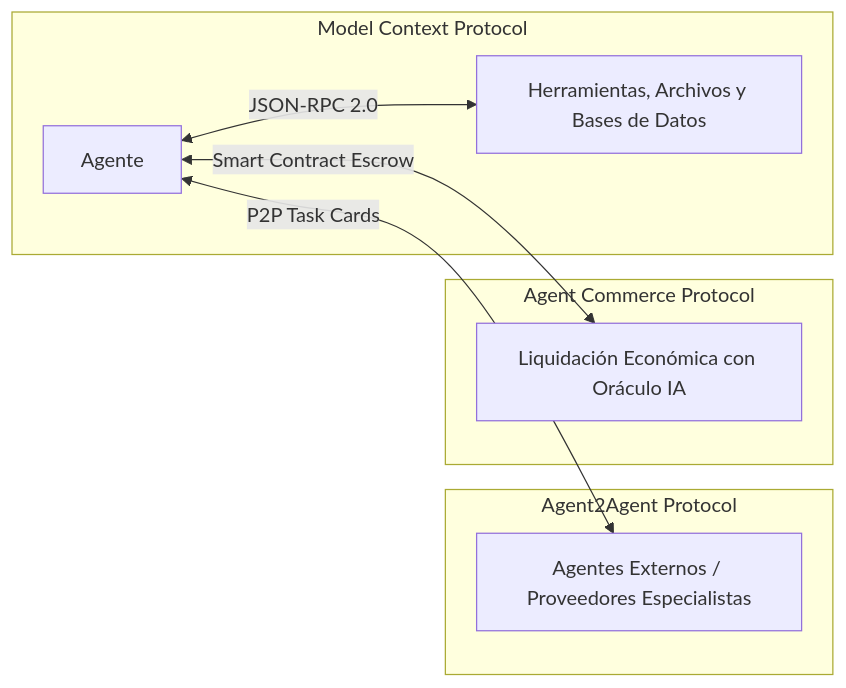
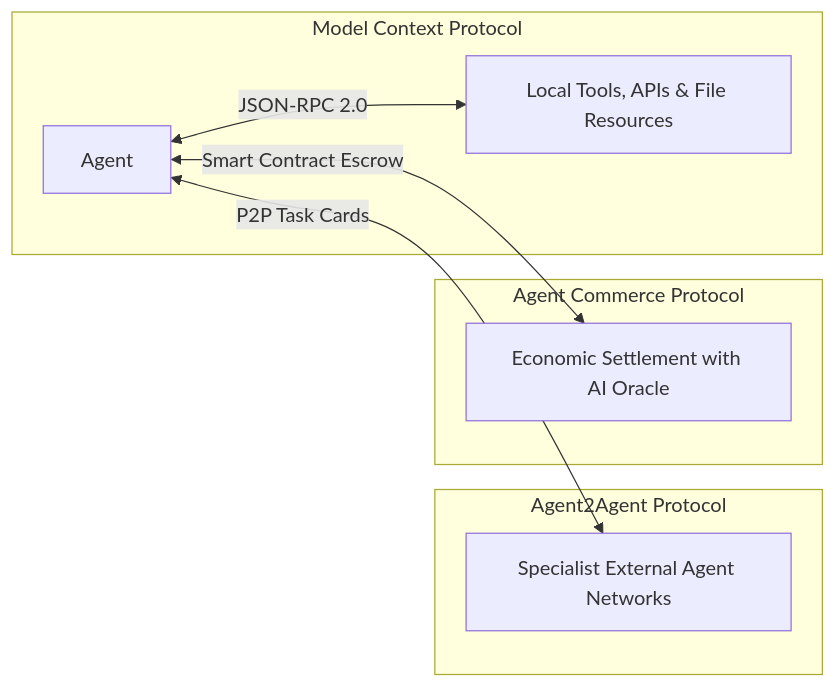
One commit to OscarTMa/ai-agents-in-practice changed the fourth of 5 diagrams in README.md. Above: the diagram before and after it, drawn with Mermaid. The commit also changed other lines of this file, not shown here.

````diff
--- a/README.md
+++ b/README.md
@@ -150,14 +150,14 @@
 ```mermaid
 graph LR
     subgraph MCP_Scope [Model Context Protocol]
-        Agent[Agente] <-->|JSON-RPC 2.0| ToolsDB[Herramientas, Archivos y Bases de Datos]
+        AgentCore[Agent] <-->|JSON-RPC 2.0| ToolsDB[Local Tools, APIs & File Resources]
     end
 
     subgraph A2A_Scope [Agent2Agent Protocol]
-        Agent <-->|P2P Task Cards| OtherAgents[Agentes Externos / Proveedores Especialistas]
+        AgentCore <-->|P2P Task Cards| ExternalAgent[Specialist External Agent Networks]
     end
 
     subgraph ACP_Scope [Agent Commerce Protocol]
-        Agent <-->|Smart Contract Escrow| CryptoLedger[Liquidación Económica con Oráculo IA]
+        AgentCore <-->|Smart Contract Escrow| CryptoLedger[Economic Settlement with AI Oracle]
     end
 ```
````
